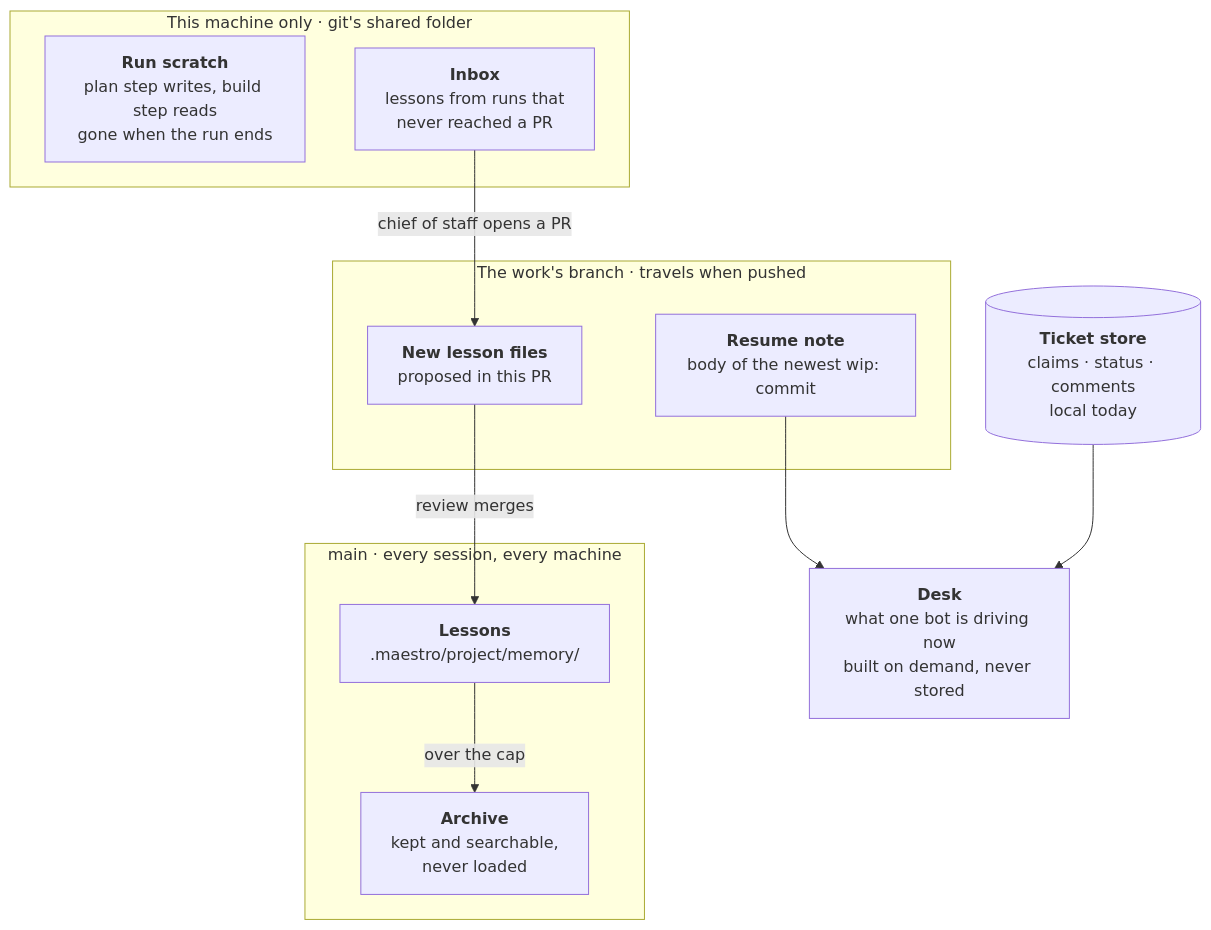
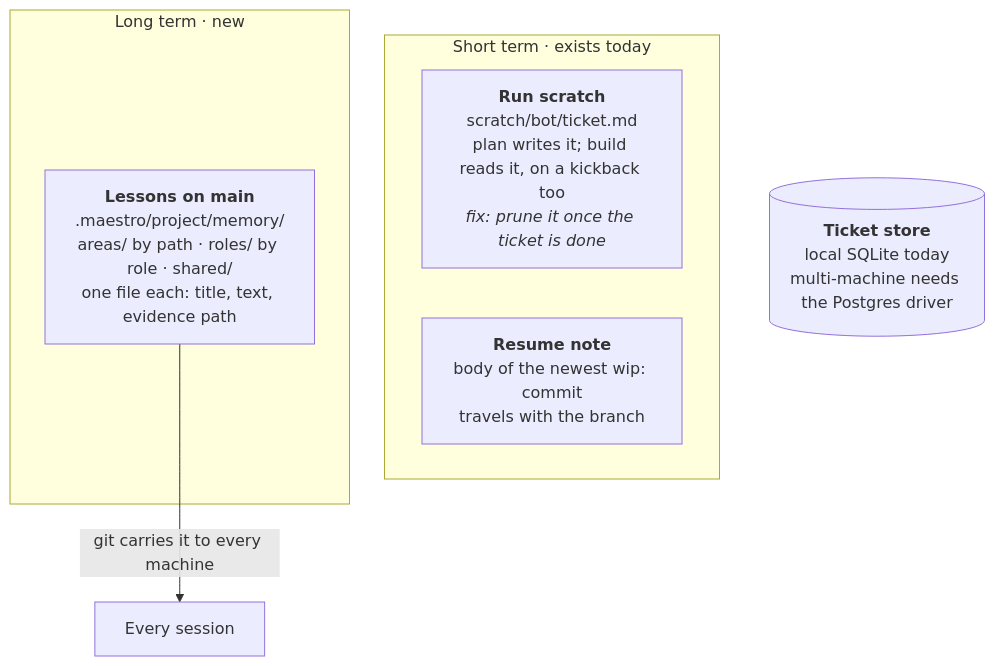
The first of 3 diagrams in docs/design/memory.md (ProlesDei/maestro), drawn with Mermaid before and after one commit. The commit also changed other lines of this file, not shown here.

First line of the commit message:
Rework memory design: trouble-only lessons, one PR per ticket

````diff
--- a/docs/design/memory.md
+++ b/docs/design/memory.md
@@ -9,22 +7,12 @@
 ```mermaid
 flowchart TD
-    subgraph Local["This machine only · git's shared folder"]
-        S["<b>Run scratch</b><br/>plan step writes, build step reads<br/>gone when the run ends"]
-        I["<b>Inbox</b><br/>lessons from runs that<br/>never reached a PR"]
+    subgraph Short["Short term · exists today"]
+        S["<b>Run scratch</b><br/>scratch/bot/ticket.md<br/>plan writes it; build reads it, on a kickback too<br/><i>fix: prune it once the ticket is done</i>"]
+        W["<b>Resume note</b><br/>body of the newest wip: commit<br/>travels with the branch"]
     end
-    subgraph Branch["The work's branch · travels when pushed"]
-        W["<b>Resume note</b><br/>body of the newest wip: commit"]
-        N["<b>New lesson files</b><br/>proposed in this PR"]
+    subgraph Long["Long term · new"]
+        L["<b>Lessons on main</b><br/>.maestro/project/memory/<br/>areas/ by path · roles/ by role · shared/<br/>one file each: title, text, evidence path"]
     end
-    subgraph Main["main · every session, every machine"]
-        L["<b>Lessons</b><br/>.maestro/project/memory/"]
-        A["<b>Archive</b><br/>kept and searchable,<br/>never loaded"]
-    end
-    T[("<b>Ticket store</b><br/>claims · status · comments<br/>local today")]
-    D["<b>Desk</b><br/>what one bot is driving now<br/>built on demand, never stored"]
-    N -->|"review merges"| L
-    I -->|"chief of staff opens a PR"| N
-    L -->|"over the cap"| A
-    T --> D
-    W --> D
+    T[("<b>Ticket store</b><br/>local SQLite today<br/>multi-machine needs the Postgres driver")]
+    L -->|"git carries it to every machine"| M["Every session"]
 ```
````
